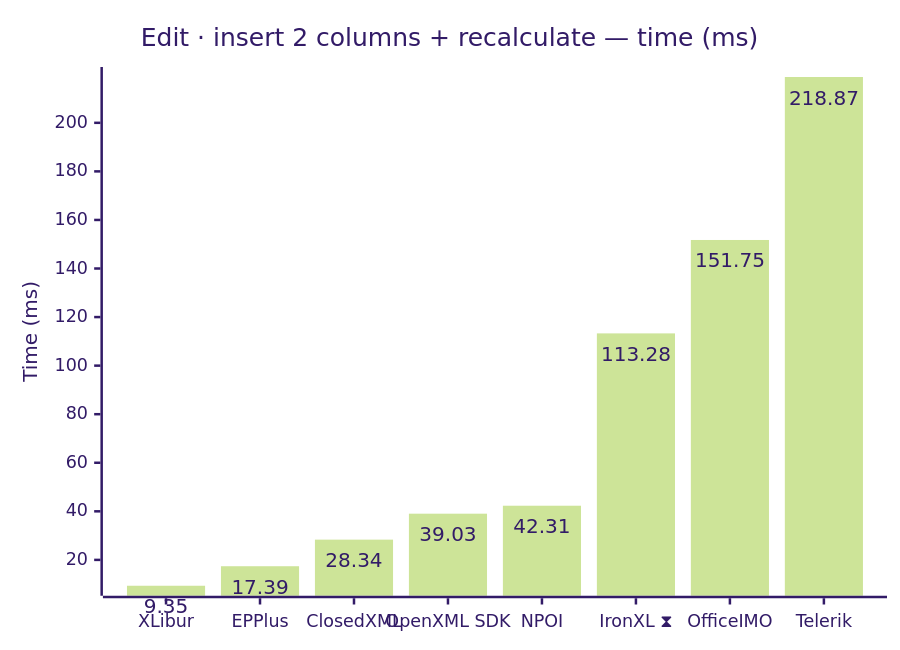
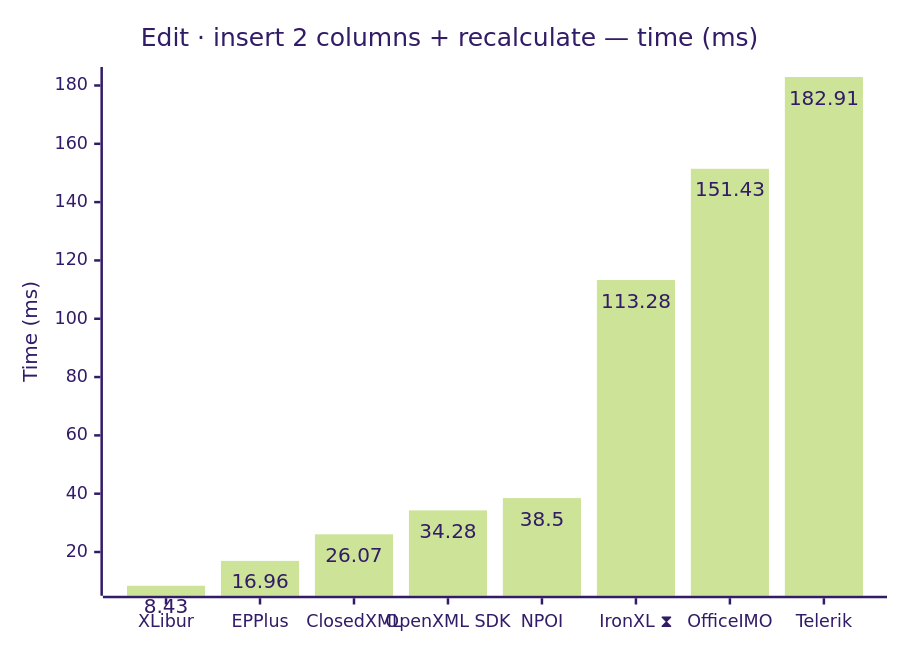
Diagram 11 of 12 in docs/results.md (jafin/XLBench), drawn with Mermaid (forest theme) before and after one commit. The commit also changed other lines of this file and 7 other files, not shown here.

````diff
--- a/docs/results.md
+++ b/docs/results.md
@@ -172,12 +172,12 @@
 ```mermaid
 ---
 config:
   xyChart:
     showDataLabel: true
 ---
 xychart-beta
     title "Edit · insert 2 columns + recalculate — time (ms)"
     x-axis ["XLibur", "EPPlus", "ClosedXML", "OpenXML SDK", "NPOI", "IronXL ⧗", "OfficeIMO", "Telerik"]
     y-axis "Time (ms)"
-    bar [9.35, 17.39, 28.34, 39.03, 42.31, 113.28, 151.75, 218.87]
+    bar [8.43, 16.96, 26.07, 34.28, 38.5, 113.28, 151.43, 182.91]
 ```
````
